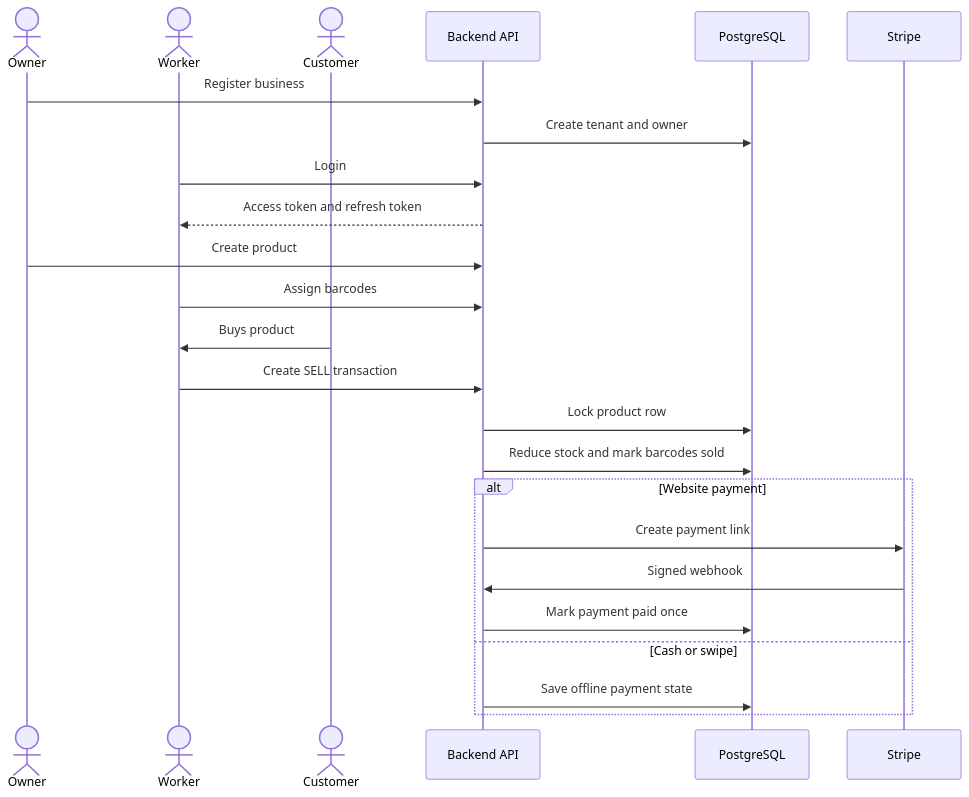
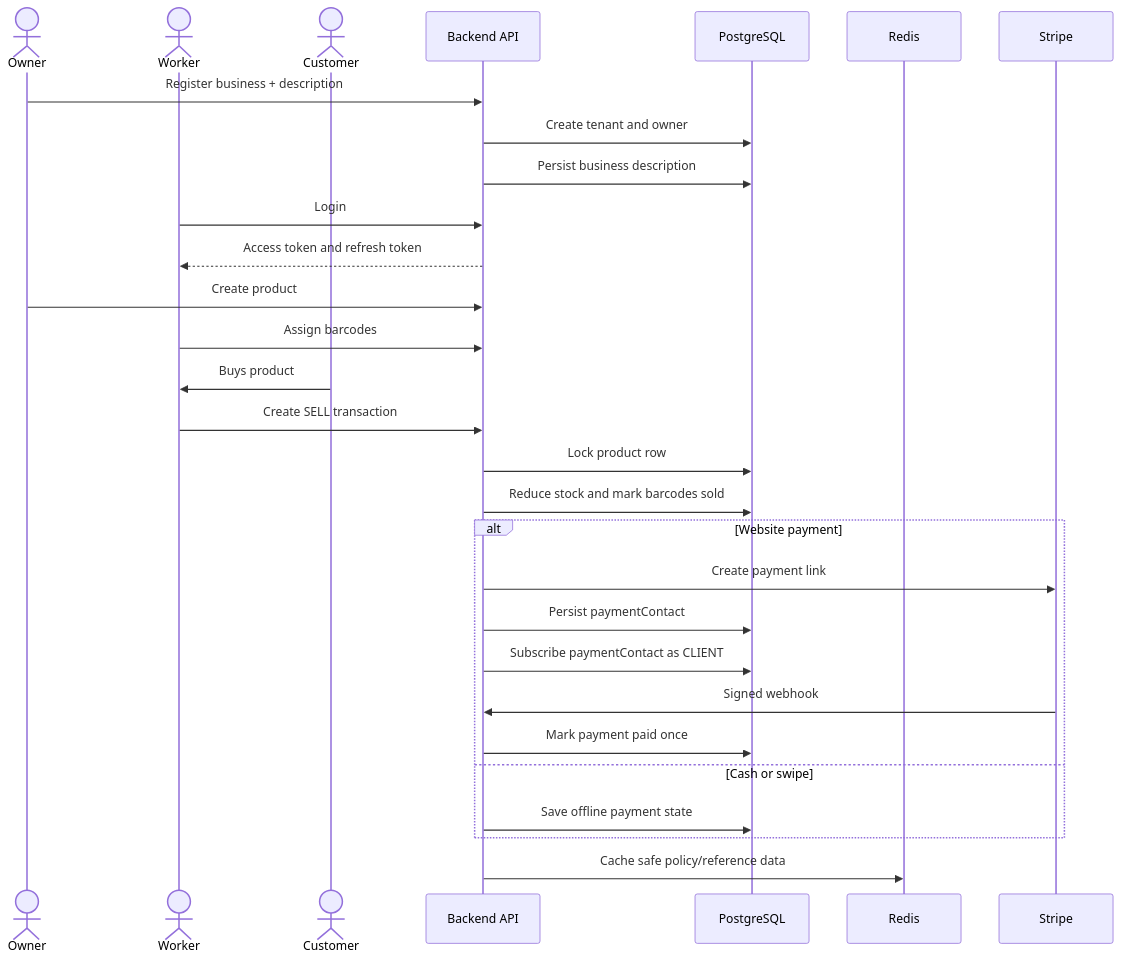
Before and after one commit to leonard1thecoder/king-sparkon-tracker-backend: the second of 3 diagrams in README.md, drawn with Mermaid. The commit also changed other lines of this file, not shown here.

Commit message:
Add UI-ready system design and business rules to README

````diff
--- a/README.md
+++ b/README.md
@@ -39,27 +43,32 @@
 ```mermaid
 sequenceDiagram
     actor Owner
     actor Worker
     actor Customer
     participant API as Backend API
     participant DB as PostgreSQL
+    participant Redis
     participant Stripe
 
-    Owner->>API: Register business
+    Owner->>API: Register business + description
     API->>DB: Create tenant and owner
+    API->>DB: Persist business description
     Worker->>API: Login
     API-->>Worker: Access token and refresh token
     Owner->>API: Create product
     Worker->>API: Assign barcodes
     Customer->>Worker: Buys product
     Worker->>API: Create SELL transaction
     API->>DB: Lock product row
     API->>DB: Reduce stock and mark barcodes sold
     alt Website payment
         API->>Stripe: Create payment link
+        API->>DB: Persist paymentContact
+        API->>DB: Subscribe paymentContact as CLIENT
         Stripe->>API: Signed webhook
         API->>DB: Mark payment paid once
     else Cash or swipe
         API->>DB: Save offline payment state
     end
+    API->>Redis: Cache safe policy/reference data
 ```
````
